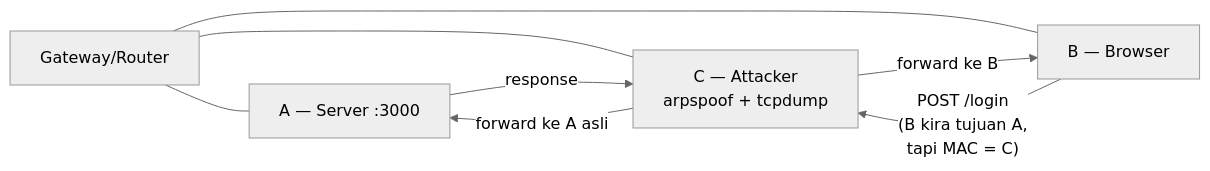
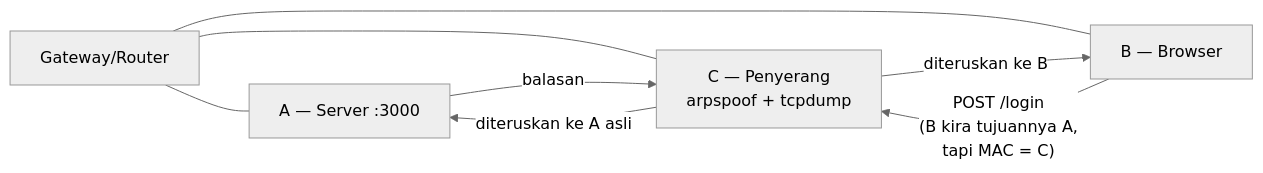
The fourth of 5 diagrams in demo/login-sniffing/README.md (endymuhardin/materi-kuliah-jaringan-komputer), drawn with Mermaid (neutral theme) before and after one commit. The commit also changed other lines of this file, not shown here.

````diff
--- a/demo/login-sniffing/README.md
+++ b/demo/login-sniffing/README.md
@@ -194,14 +194,14 @@
 ```mermaid
 flowchart LR
     GW["Gateway/Router"]
     A["A — Server :3000"]
     B["B — Browser"]
-    C["C — Attacker<br/>arpspoof + tcpdump"]
+    C["C — Penyerang<br/>arpspoof + tcpdump"]
     GW --- A
     GW --- B
     GW --- C
-    B -- "POST /login<br/>(B kira tujuan A,<br/>tapi MAC = C)" --> C
-    C -- "forward ke A asli" --> A
-    A -- "response" --> C
-    C -- "forward ke B" --> B
+    B -- "POST /login<br/>(B kira tujuannya A,<br/>tapi MAC = C)" --> C
+    C -- "diteruskan ke A asli" --> A
+    A -- "balasan" --> C
+    C -- "diteruskan ke B" --> B
 ```
````
